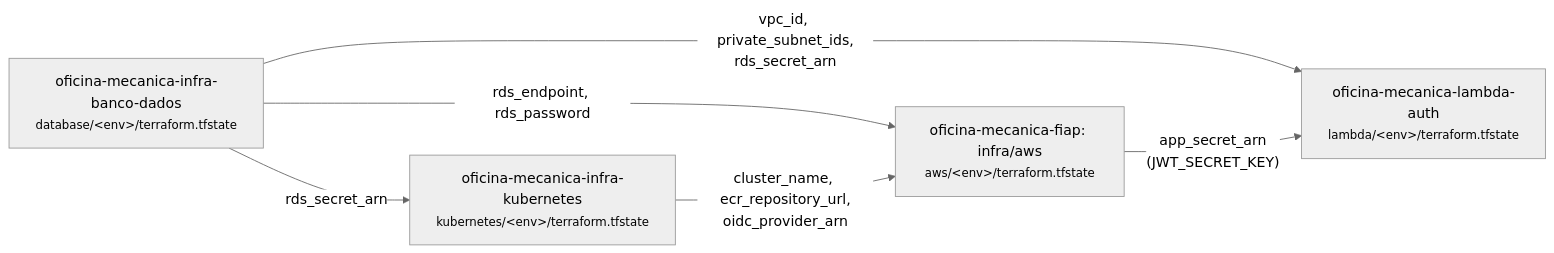
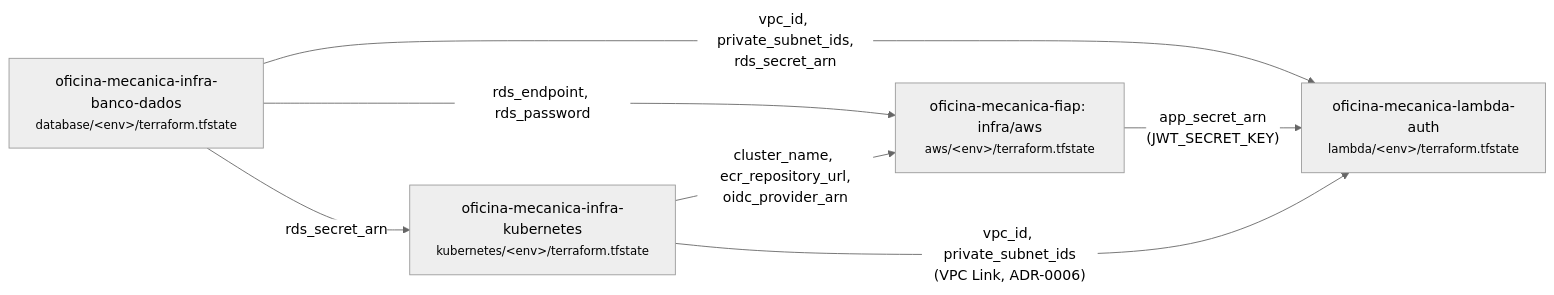
Before and after one commit to phantosmia/oficina-mecanica-fiap: the second of 3 diagrams in docs/arquitetura.md, drawn with Mermaid (neutral theme). The commit also changed other lines of this file and 4 other files, not shown here.

````diff
--- a/docs/arquitetura.md
+++ b/docs/arquitetura.md
@@ -103,13 +104,14 @@
 ```mermaid
 flowchart LR
     DB["oficina-mecanica-infra-banco-dados<br/><small>database/&lt;env&gt;/terraform.tfstate</small>"]
     K8S["oficina-mecanica-infra-kubernetes<br/><small>kubernetes/&lt;env&gt;/terraform.tfstate</small>"]
     APP["oficina-mecanica-fiap: infra/aws<br/><small>aws/&lt;env&gt;/terraform.tfstate</small>"]
     LAMBDA["oficina-mecanica-lambda-auth<br/><small>lambda/&lt;env&gt;/terraform.tfstate</small>"]
 
     DB -- "rds_secret_arn" --> K8S
     DB -- "rds_endpoint, rds_password" --> APP
     K8S -- "cluster_name, ecr_repository_url,<br/>oidc_provider_arn" --> APP
     DB -- "vpc_id, private_subnet_ids,<br/>rds_secret_arn" --> LAMBDA
     APP -- "app_secret_arn<br/>(JWT_SECRET_KEY)" --> LAMBDA
+    K8S -- "vpc_id, private_subnet_ids<br/>(VPC Link, ADR-0006)" --> LAMBDA
 ```
````
